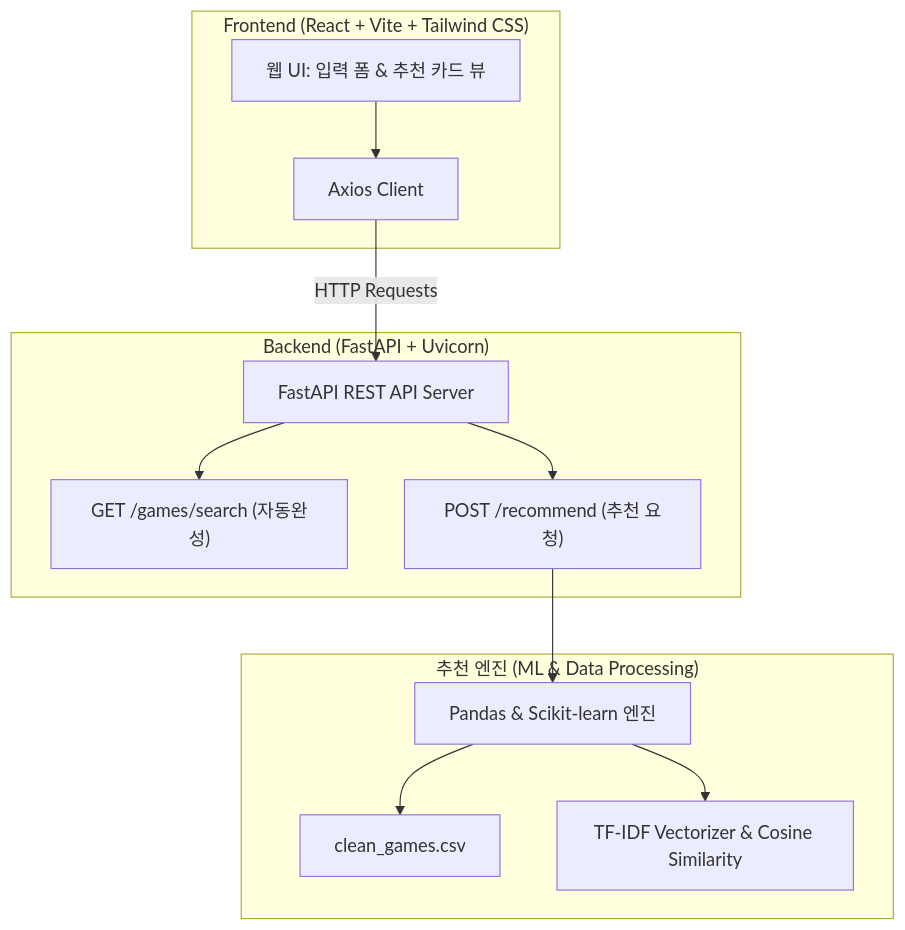
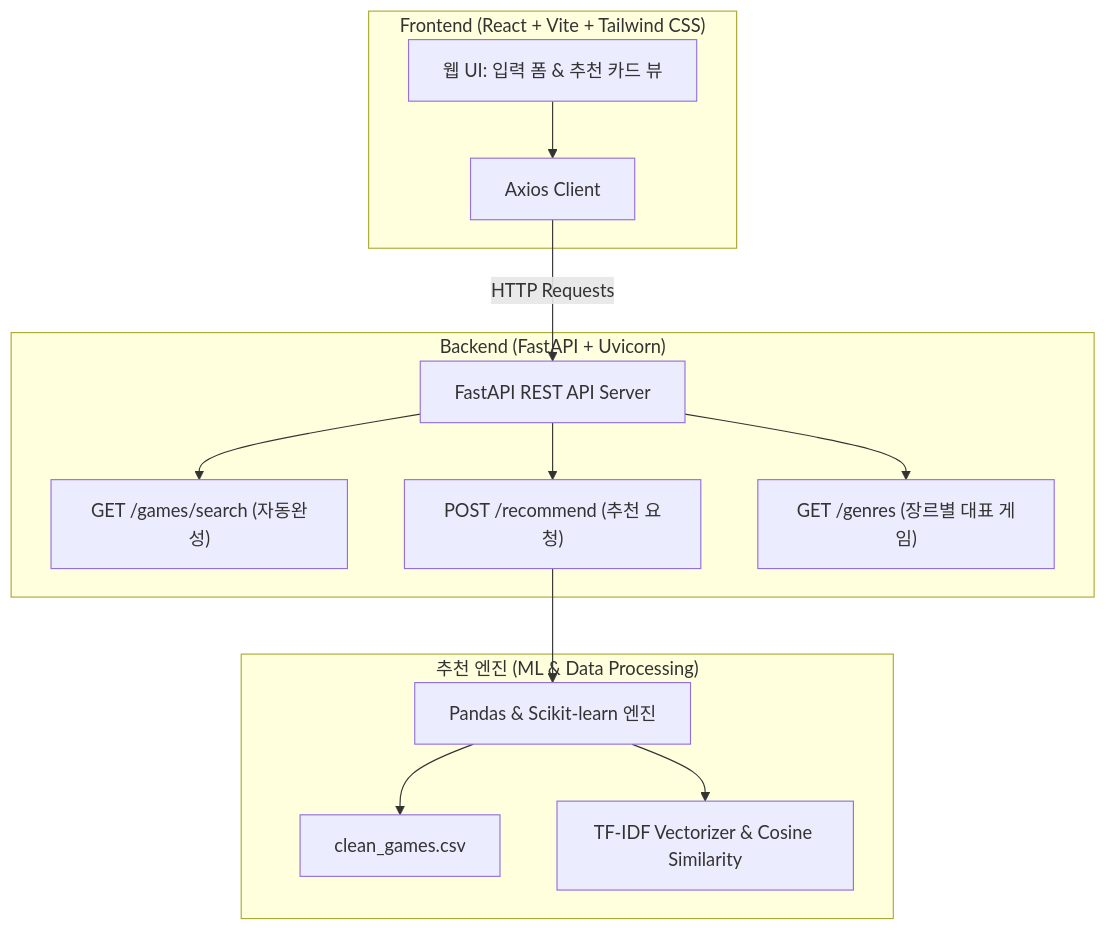
Before and after one commit to junijuny/boardgame-recommender: the second of 2 diagrams in README.md, drawn with Mermaid. The commit also changed other lines of this file and 30 other files, not shown here.

````diff
--- a/README.md
+++ b/README.md
@@ -71,27 +75,29 @@
 ```mermaid
 graph TD
     subgraph Frontend ["Frontend (React + Vite + Tailwind CSS)"]
         UI["웹 UI: 입력 폼 & 추천 카드 뷰"]
         Axios["Axios Client"]
     end
 
     subgraph Backend ["Backend (FastAPI + Uvicorn)"]
         API["FastAPI REST API Server"]
         Search["GET /games/search (자동완성)"]
         Recommend["POST /recommend (추천 요청)"]
+        Genres["GET /genres (장르별 대표 게임)"]
     end
 
     subgraph Engine ["추천 엔진 (ML & Data Processing)"]
         EngineCore["Pandas & Scikit-learn 엔진"]
         DataClean["clean_games.csv"]
         TFIDF["TF-IDF Vectorizer & Cosine Similarity"]
     end
 
     UI --> Axios
     Axios -->|"HTTP Requests"| API
     API --> Search
     API --> Recommend
+    API --> Genres
     Recommend --> EngineCore
     EngineCore --> DataClean
     EngineCore --> TFIDF
 ```
````
